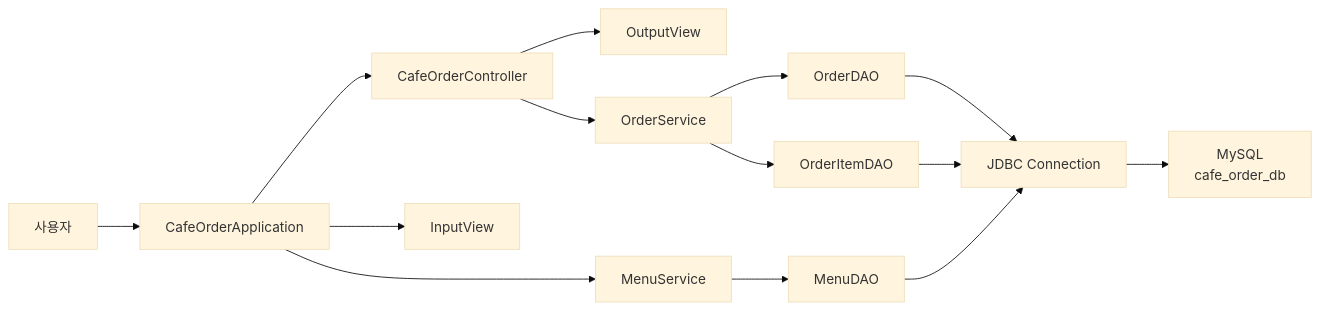
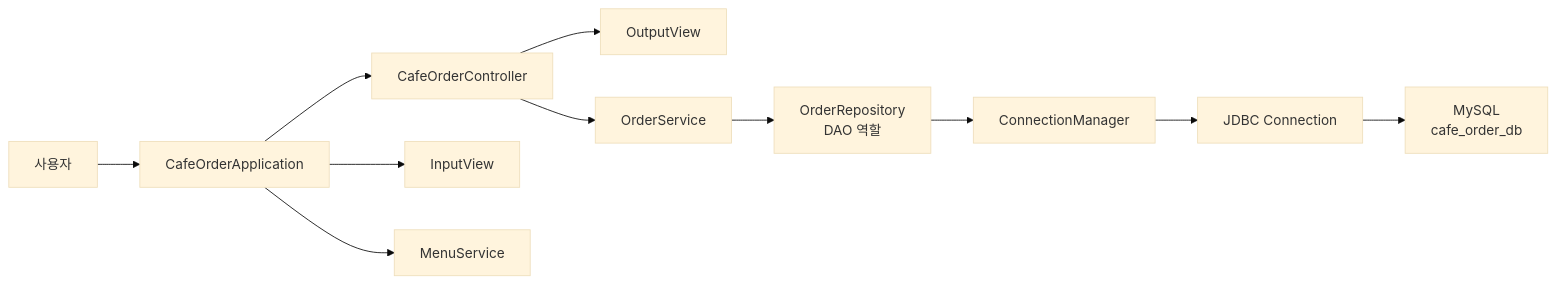
One commit to ai-agent-orchestrator/java21-cafe-order-virtual-thread changed the first of 2 diagrams in docs/PROJECT_DESIGN_JDBC.md. Above: the diagram before and after it, drawn with Mermaid (base theme). The commit also changed other lines of this file and 1 other file, not shown here.

Commit message:
docs: JDBC 설계 문서 실제 구현 기준으로 보완

````diff
--- a/docs/PROJECT_DESIGN_JDBC.md
+++ b/docs/PROJECT_DESIGN_JDBC.md
@@ -61,16 +61,13 @@
 ```mermaid
 flowchart LR
     User["사용자"] --> App["CafeOrderApplication"]
     App --> Controller["CafeOrderController"]
     App --> Input["InputView"]
     Controller --> Output["OutputView"]
     Controller --> Service["OrderService"]
     App --> MenuService["MenuService"]
-    Service --> OrderDAO["OrderDAO"]
-    Service --> OrderItemDAO["OrderItemDAO"]
-    MenuService --> MenuDAO["MenuDAO"]
-    OrderDAO --> JDBC["JDBC Connection"]
-    OrderItemDAO --> JDBC
-    MenuDAO --> JDBC
+    Service --> Repository["OrderRepository<br/>DAO 역할"]
+    Repository --> ConnectionManager["ConnectionManager"]
+    ConnectionManager --> JDBC["JDBC Connection"]
     JDBC --> MySQL["MySQL<br/>cafe_order_db"]
 ```
````
